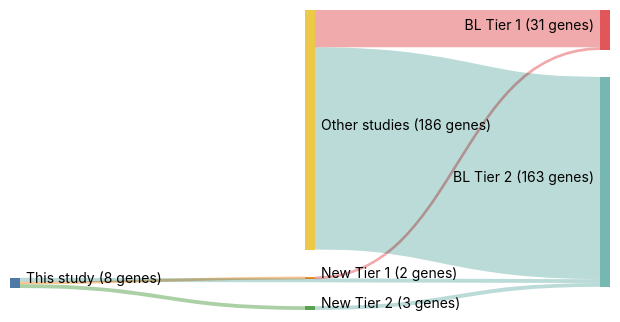
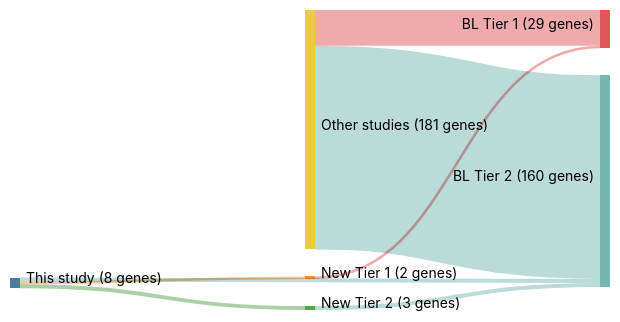
The diagram in papers/thomasGeneticSubgroupsInform2023.md (morinlab/lymphopedia), drawn with Mermaid (forest theme) before and after one commit.

````diff
--- a/papers/thomasGeneticSubgroupsInform2023.md
+++ b/papers/thomasGeneticSubgroupsInform2023.md
@@ -12,21 +12,21 @@
 ```mermaid
 ---
 config:
     sankey:
         showValues: true
         linkColor: target
         width: 600
         height: 300
         nodeAlignment: right
         prefix: '('
         suffix: ' genes)'
 ---
 sankey-beta
 This study, New Tier 1, 2
 New Tier 1, BL Tier 1, 2
 This study, BL Tier 2, 3
 This study, New Tier 2, 3
 New Tier 2, BL Tier 2, 3
-Other studies, BL Tier 1, 29
-Other studies, BL Tier 2, 157
+Other studies, BL Tier 1, 27
+Other studies, BL Tier 2, 154
 ```
````
